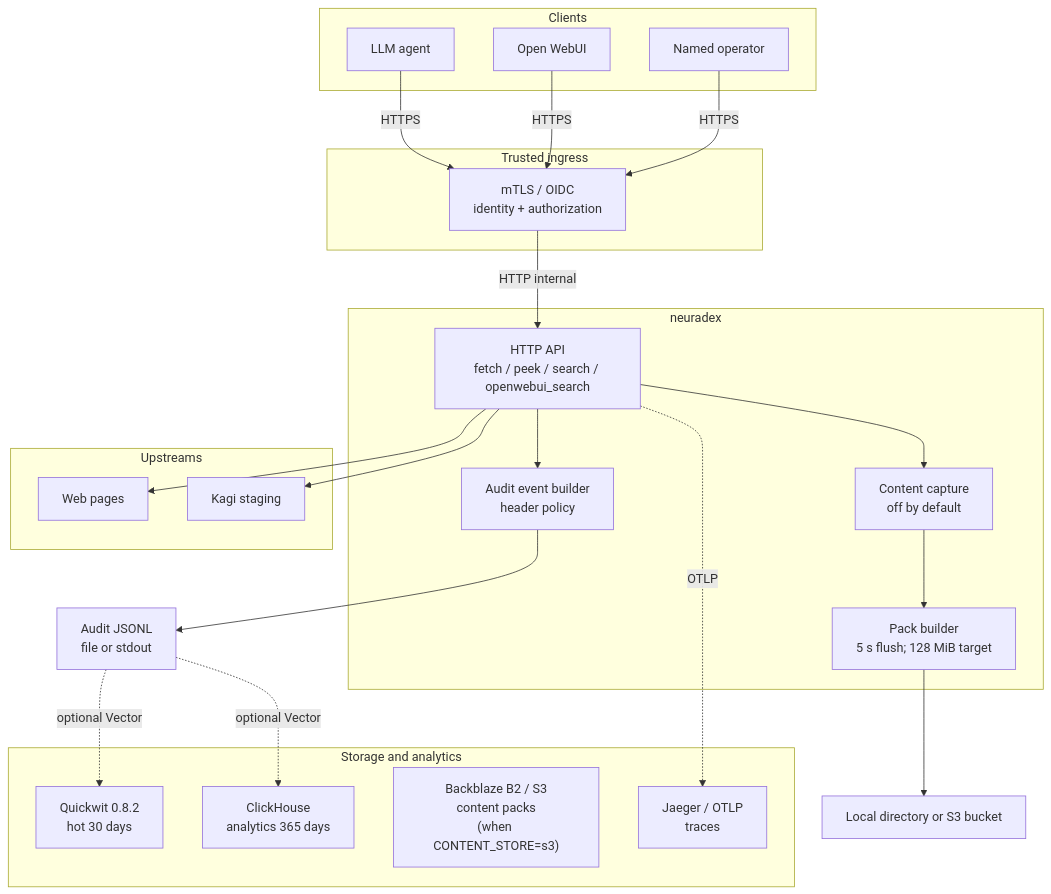
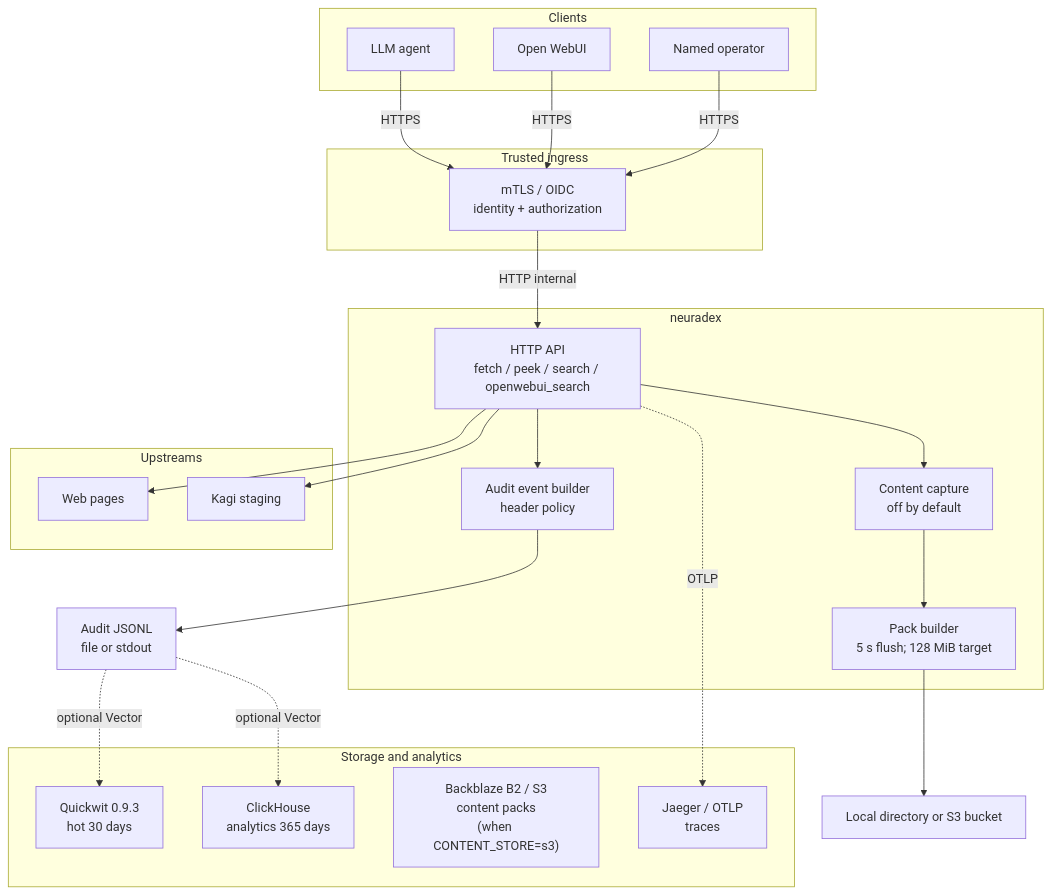
The first of 2 diagrams in docs/architecture/overview.md (mkroman/neuradex), drawn with Mermaid before and after one commit. The commit also changed other lines of this file and 5 other files, not shown here.

````diff
--- a/docs/architecture/overview.md
+++ b/docs/architecture/overview.md
@@ -10,46 +10,46 @@
 ```mermaid
 flowchart TB
     subgraph Clients
         Agent["LLM agent"]
         OWUI["Open WebUI"]
         Human["Named operator"]
     end
 
     subgraph Edge["Trusted ingress"]
         Ingress["mTLS / OIDC<br/>identity + authorization"]
     end
 
     subgraph Service["neuradex"]
         API["HTTP API<br/>fetch / peek / search / openwebui_search"]
         Audit["Audit event builder<br/>header policy"]
         Capture["Content capture<br/>off by default"]
         Packer["Pack builder<br/>5 s flush; 128 MiB target"]
     end
 
     subgraph Upstream["Upstreams"]
         Web["Web pages"]
         Kagi["Kagi staging"]
     end
 
     subgraph Stores["Storage and analytics"]
-        QW["Quickwit 0.8.2<br/>hot 30 days"]
+        QW["Quickwit 0.9.3<br/>hot 30 days"]
         CH["ClickHouse<br/>analytics 365 days"]
         B2["Backblaze B2 / S3<br/>content packs<br/>(when CONTENT_STORE=s3)"]
         Jaeger["Jaeger / OTLP<br/>traces"]
     end
 
     Agent -->|HTTPS| Ingress
     OWUI -->|HTTPS| Ingress
     Human -->|HTTPS| Ingress
     Ingress -->|HTTP internal| API
     API --> Web
     API --> Kagi
     API --> Audit
     API --> Capture
     Capture --> Packer
     Audit --> JSONL["Audit JSONL<br/>file or stdout"]
     JSONL -. optional Vector .-> QW
     JSONL -. optional Vector .-> CH
     Packer --> Store["Local directory or S3 bucket"]
     API -.->|OTLP| Jaeger
 ```
````
